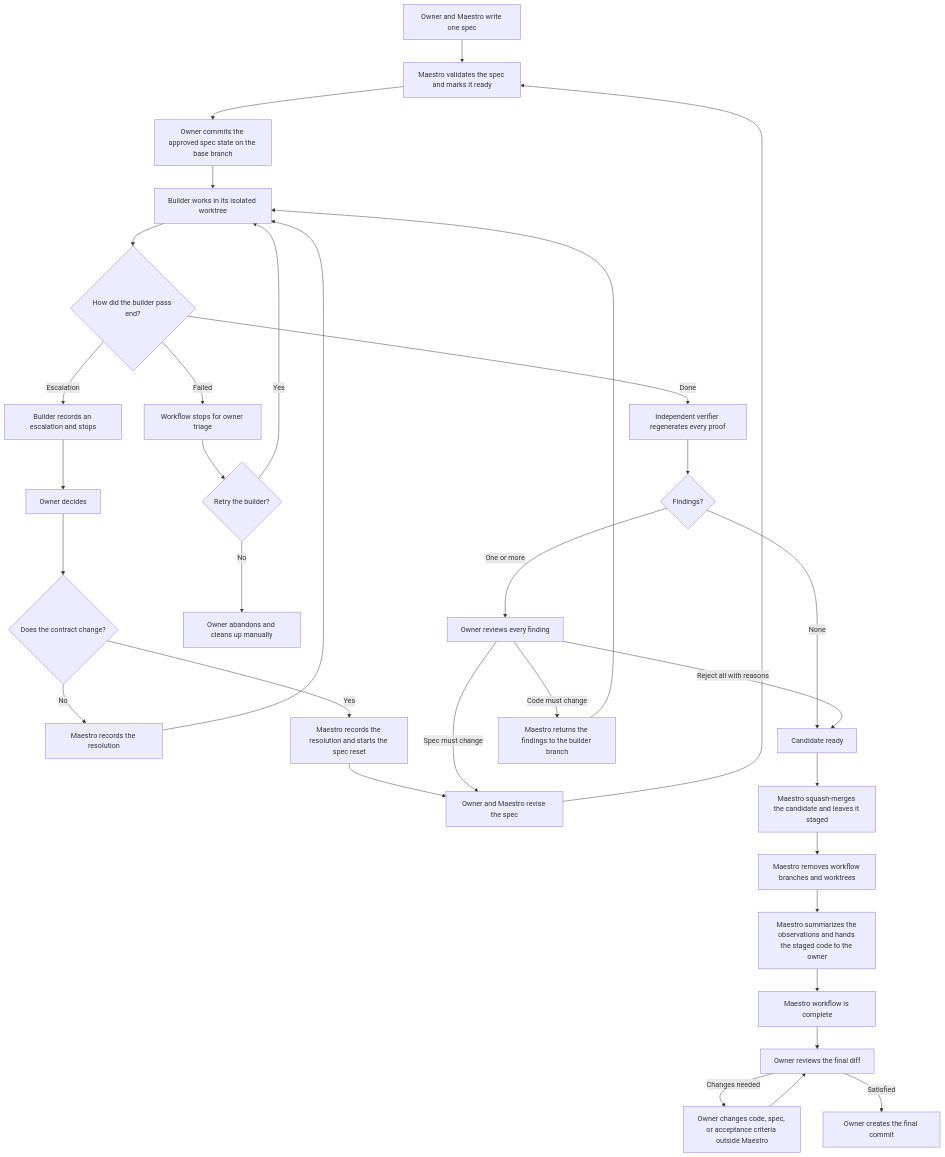
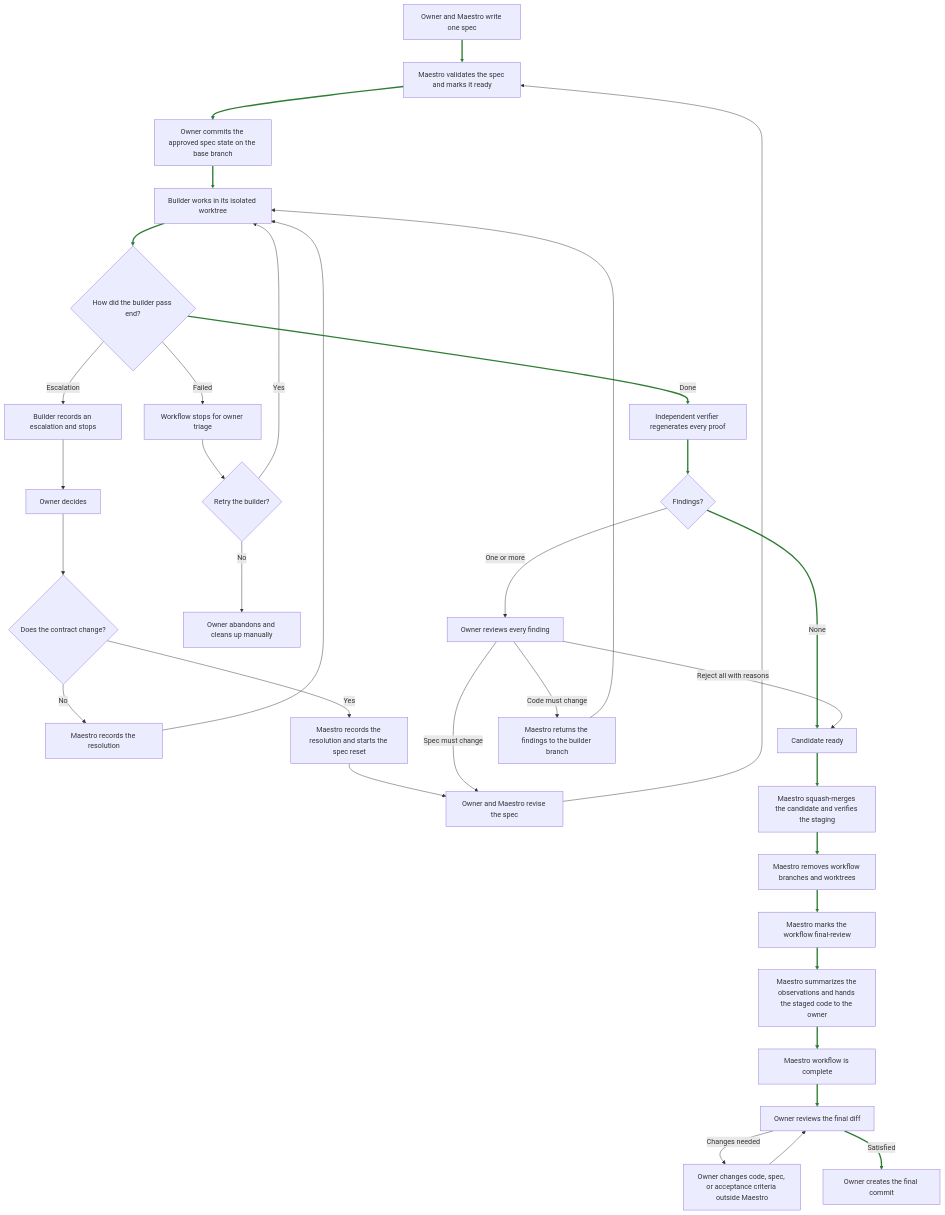
The diagram in plan.md (emilioSp/pi-maestro), drawn with Mermaid before and after one commit. The commit also changed other lines of this file and 26 other files, not shown here.

````diff
--- a/plan.md
+++ b/plan.md
@@ -833,49 +835,52 @@
 ```mermaid
 flowchart TD
     spec[Owner and Maestro write one spec]
     ready[Maestro validates the spec and marks it ready]
     approval[Owner commits the approved spec state on the base branch]
     build[Builder works in its isolated worktree]
     buildOutcome{How did the builder pass end?}
 
     spec --> ready
     ready --> approval
     approval --> build
     build --> buildOutcome
 
     buildOutcome -->|Escalation| escalation[Builder records an escalation and stops]
     escalation --> ownerAnswer[Owner decides]
     ownerAnswer --> escalationOutcome{Does the contract change?}
     escalationOutcome -->|No| recordContinue[Maestro records the resolution]
     recordContinue --> build
     escalationOutcome -->|Yes| recordRevision[Maestro records the resolution and starts the spec reset]
     recordRevision --> reviseSpec
 
     buildOutcome -->|Failed| builderFailed[Workflow stops for owner triage]
     builderFailed --> retryBuilder{Retry the builder?}
     retryBuilder -->|Yes| build
     retryBuilder -->|No| manualAbandon[Owner abandons and cleans up manually]
 
     buildOutcome -->|Done| verify[Independent verifier regenerates every proof]
     verify --> findings{Findings?}
 
     findings -->|None| candidate[Candidate ready]
     findings -->|One or more| ownerFindings[Owner reviews every finding]
 
     ownerFindings -->|Reject all with reasons| candidate
     ownerFindings -->|Code must change| returnBuilder[Maestro returns the findings to the builder branch]
     returnBuilder --> build
 
     ownerFindings -->|Spec must change| reviseSpec[Owner and Maestro revise the spec]
     reviseSpec --> ready
 
-    candidate --> staged[Maestro squash-merges the candidate and leaves it staged]
+    candidate --> staged[Maestro squash-merges the candidate and verifies the staging]
     staged --> cleanup[Maestro removes workflow branches and worktrees]
-    cleanup --> finalSummary[Maestro summarizes the observations and hands the staged code to the owner]
+    cleanup --> finalState[Maestro marks the workflow final-review]
+    finalState --> finalSummary[Maestro summarizes the observations and hands the staged code to the owner]
     finalSummary --> workflowDone[Maestro workflow is complete]
     workflowDone --> humanReview[Owner reviews the final diff]
 
     humanReview -->|Changes needed| adjust[Owner changes code, spec, or acceptance criteria outside Maestro]
     adjust --> humanReview
     humanReview -->|Satisfied| finalCommit[Owner creates the final commit]
+
+    linkStyle 0,1,2,3,15,16,17,24,25,26,27,28,29,32 stroke:#2e7d32,stroke-width:3px
 ```
````
